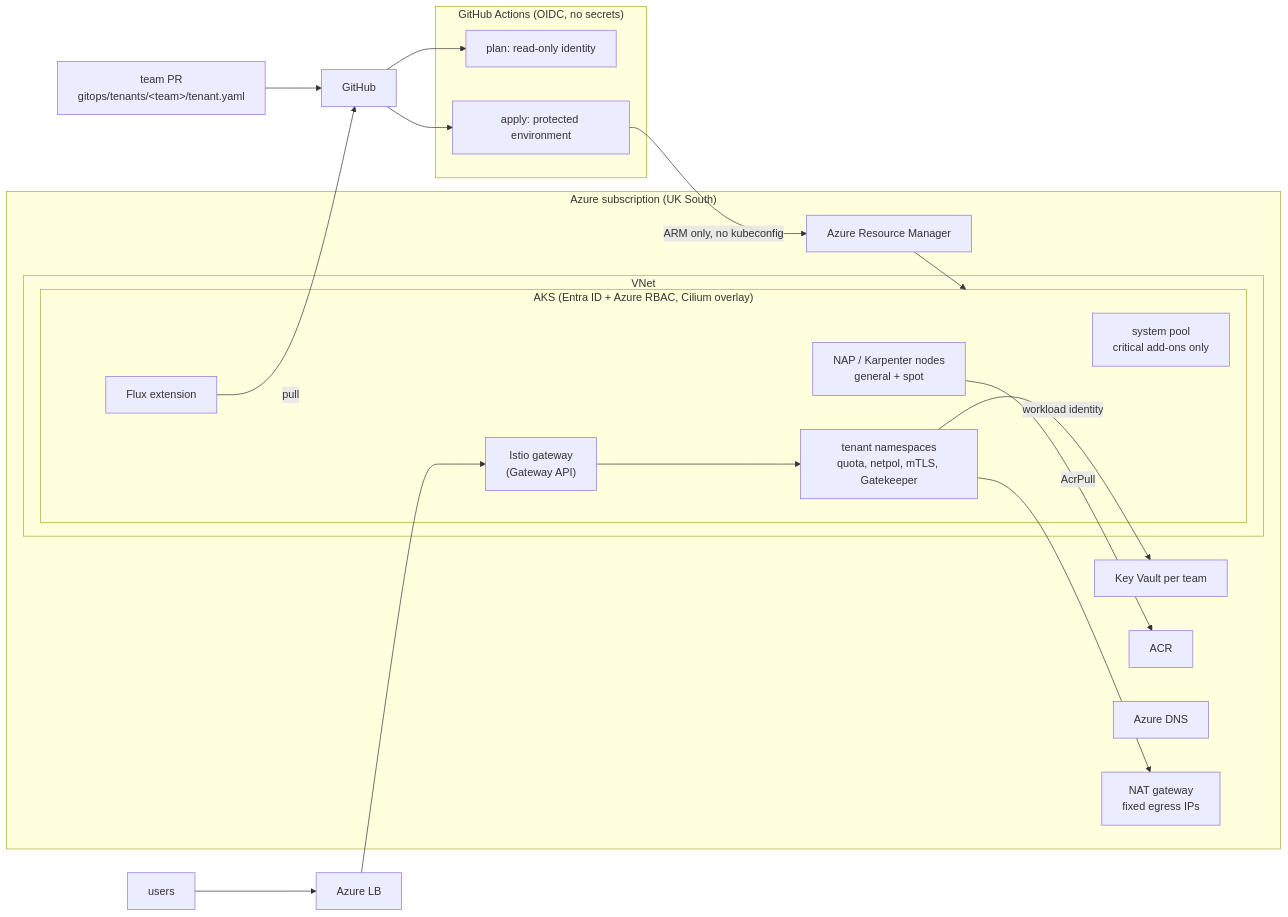
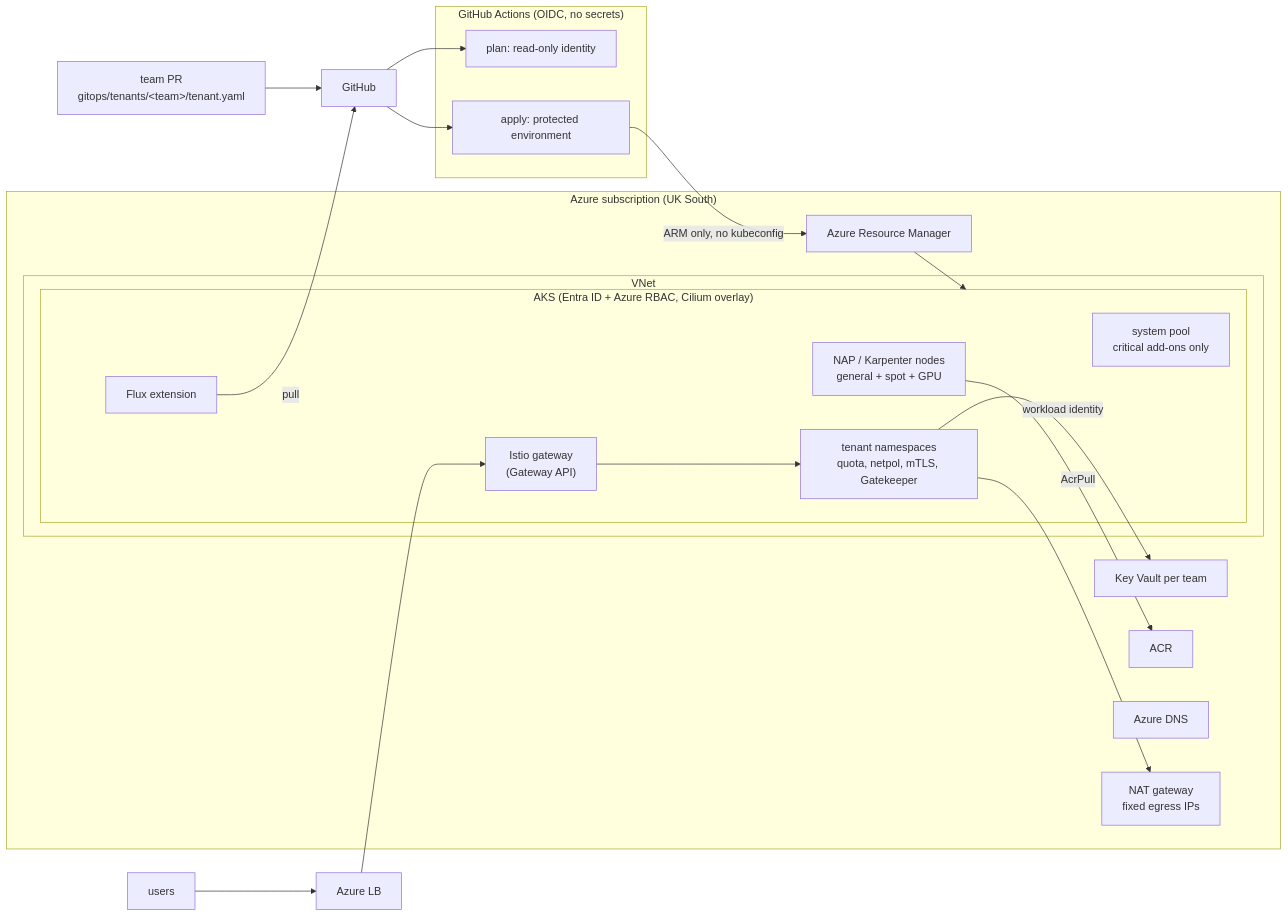
Before and after one commit to ozy31/terraform-azure-aks-platform: the diagram in README.md, drawn with Mermaid. The commit also changed other lines of this file and 1 other file, not shown here.

Commit message:
Record the GPU capacity decision and document it in the README

````diff
--- a/README.md
+++ b/README.md
@@ -40,34 +40,34 @@
 ```mermaid
 flowchart LR
     dev["team PR<br/>gitops/tenants/&lt;team&gt;/tenant.yaml"] --> gh["GitHub"]
 
     subgraph ci["GitHub Actions (OIDC, no secrets)"]
         plan["plan: read-only identity"]
         apply["apply: protected environment"]
     end
     gh --> plan & apply
 
     subgraph azure["Azure subscription (UK South)"]
         arm["Azure Resource Manager"]
         subgraph vnet["VNet"]
             subgraph aks["AKS (Entra ID + Azure RBAC, Cilium overlay)"]
                 sys["system pool<br/>critical add-ons only"]
-                nap["NAP / Karpenter nodes<br/>general + spot"]
+                nap["NAP / Karpenter nodes<br/>general + spot + GPU"]
                 flux["Flux extension"]
                 gw["Istio gateway<br/>(Gateway API)"]
                 tenants["tenant namespaces<br/>quota, netpol, mTLS, Gatekeeper"]
             end
         end
         kv["Key Vault per team"]
         acr["ACR"]
         dns["Azure DNS"]
         nat["NAT gateway<br/>fixed egress IPs"]
     end
 
     apply -- "ARM only, no kubeconfig" --> arm --> aks
     flux -- "pull" --> gh
     users["users"] --> lb["Azure LB"] --> gw --> tenants
     tenants -- "workload identity" --> kv
     nap -- "AcrPull" --> acr
     tenants --> nat
 ```
````
